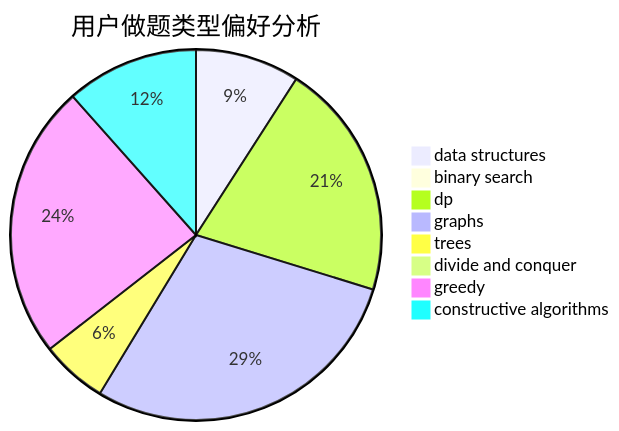
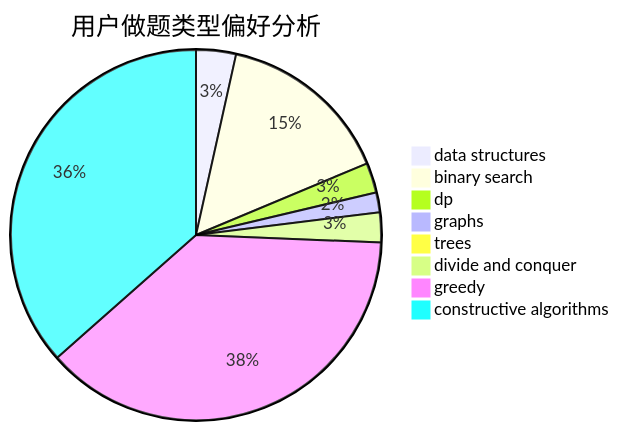
Before and after one commit to sherpahu/cfrs.github.io: the second of 3 diagrams in docs/user/u2146.md, drawn with Mermaid. The commit also changed other lines of this file and 2770 other files, not shown here.

````diff
--- a/docs/user/u2146.md
+++ b/docs/user/u2146.md
@@ -23,11 +23,11 @@
 ```mermaid
 pie title 用户做题类型偏好分析
-    "data structures" :  11
-    "binary search" :  0
-    "dp" :  25
-    "graphs" :  35
-    "trees" :  7
-    "divide and conquer" :  0
-    "greedy" :  29
-    "constructive algorithms" :  14
+    "data structures" :  8
+    "binary search" :  35
+    "dp" :  6
+    "graphs" :  4
+    "trees" :  2
+    "divide and conquer" :  6
+    "greedy" :  87
+    "constructive algorithms" :  84
 ```
````
